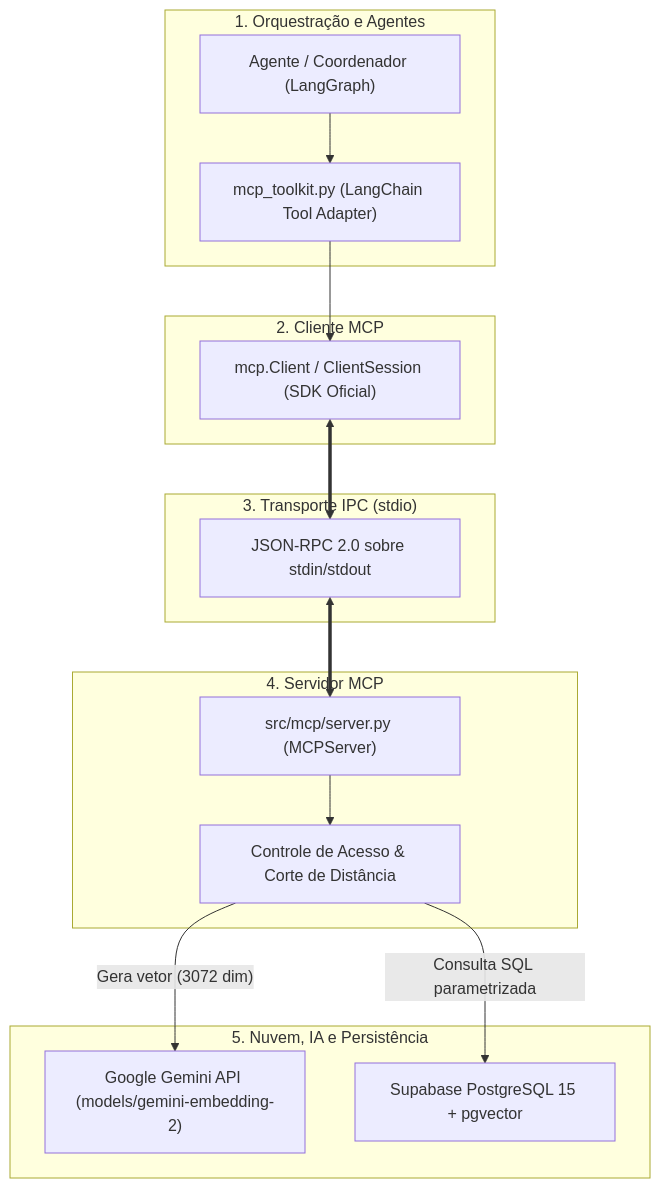
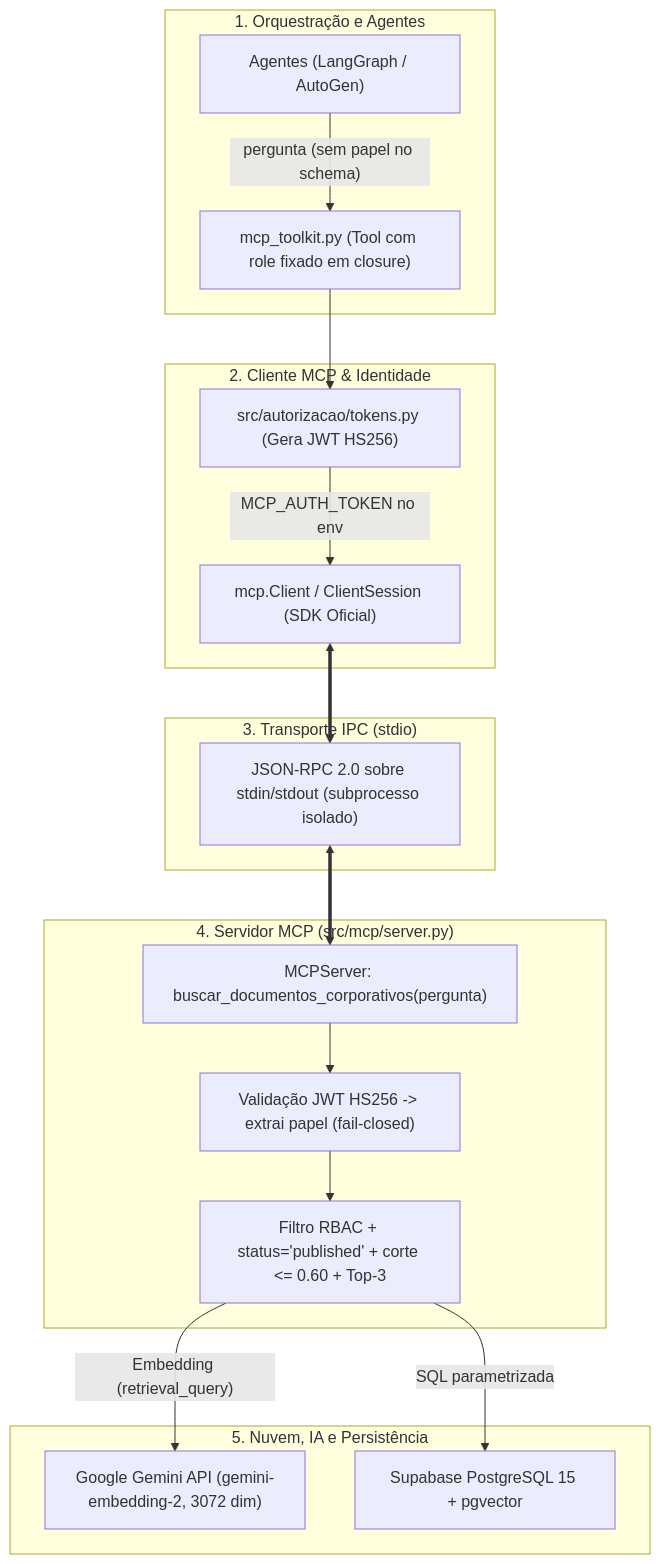
The first of 2 diagrams in docs/mcp.md (georghls/agents-architecture), drawn with Mermaid before and after one commit. The commit also changed other lines of this file and 15 other files, not shown here.

````diff
--- a/docs/mcp.md
+++ b/docs/mcp.md
@@ -21,32 +21,36 @@
 ```mermaid
 flowchart TD
     subgraph Camada_Agentes["1. Orquestração e Agentes"]
-        Agente["Agente / Coordenador (LangGraph)"]
-        Toolkit["mcp_toolkit.py (LangChain Tool Adapter)"]
-        Agente --> Toolkit
+        Agente["Agentes (LangGraph / AutoGen)"]
+        Toolkit["mcp_toolkit.py (Tool com role fixado em closure)"]
+        Agente -->|"pergunta (sem papel no schema)"| Toolkit
     end
 
-    subgraph Camada_Cliente["2. Cliente MCP"]
+    subgraph Camada_Cliente["2. Cliente MCP & Identidade"]
+        JWT["src/autorizacao/tokens.py (Gera JWT HS256)"]
         ClienteMCP["mcp.Client / ClientSession (SDK Oficial)"]
-        Toolkit --> ClienteMCP
+        Toolkit --> JWT
+        JWT -->|"MCP_AUTH_TOKEN no env"| ClienteMCP
     end
 
     subgraph Transporte["3. Transporte IPC (stdio)"]
-        Canal["JSON-RPC 2.0 sobre stdin/stdout"]
+        Canal["JSON-RPC 2.0 sobre stdin/stdout (subprocesso isolado)"]
         ClienteMCP <==> Canal
     end
 
-    subgraph Camada_Servidor["4. Servidor MCP"]
-        Servidor["src/mcp/server.py (MCPServer)"]
+    subgraph Camada_Servidor["4. Servidor MCP (src/mcp/server.py)"]
+        Servidor["MCPServer: buscar_documentos_corporativos(pergunta)"]
+        Auth["Validação JWT HS256 -> extrai papel (fail-closed)"]
+        Busca["Filtro RBAC + status='published' + corte <= 0.60 + Top-3"]
         Canal <==> Servidor
-        FiltroRBAC["Controle de Acesso & Corte de Distância"]
-        Servidor --> FiltroRBAC
+        Servidor --> Auth
+        Auth --> Busca
     end
 
     subgraph Camada_Dados["5. Nuvem, IA e Persistência"]
-        Gemini["Google Gemini API (models/gemini-embedding-2)"]
+        Gemini["Google Gemini API (gemini-embedding-2, 3072 dim)"]
         Supabase["Supabase PostgreSQL 15 + pgvector"]
-        FiltroRBAC -->|"Gera vetor (3072 dim)"| Gemini
-        FiltroRBAC -->|"Consulta SQL parametrizada"| Supabase
+        Busca -->|"Embedding (retrieval_query)"| Gemini
+        Busca -->|"SQL parametrizada"| Supabase
     end
 ```
````
